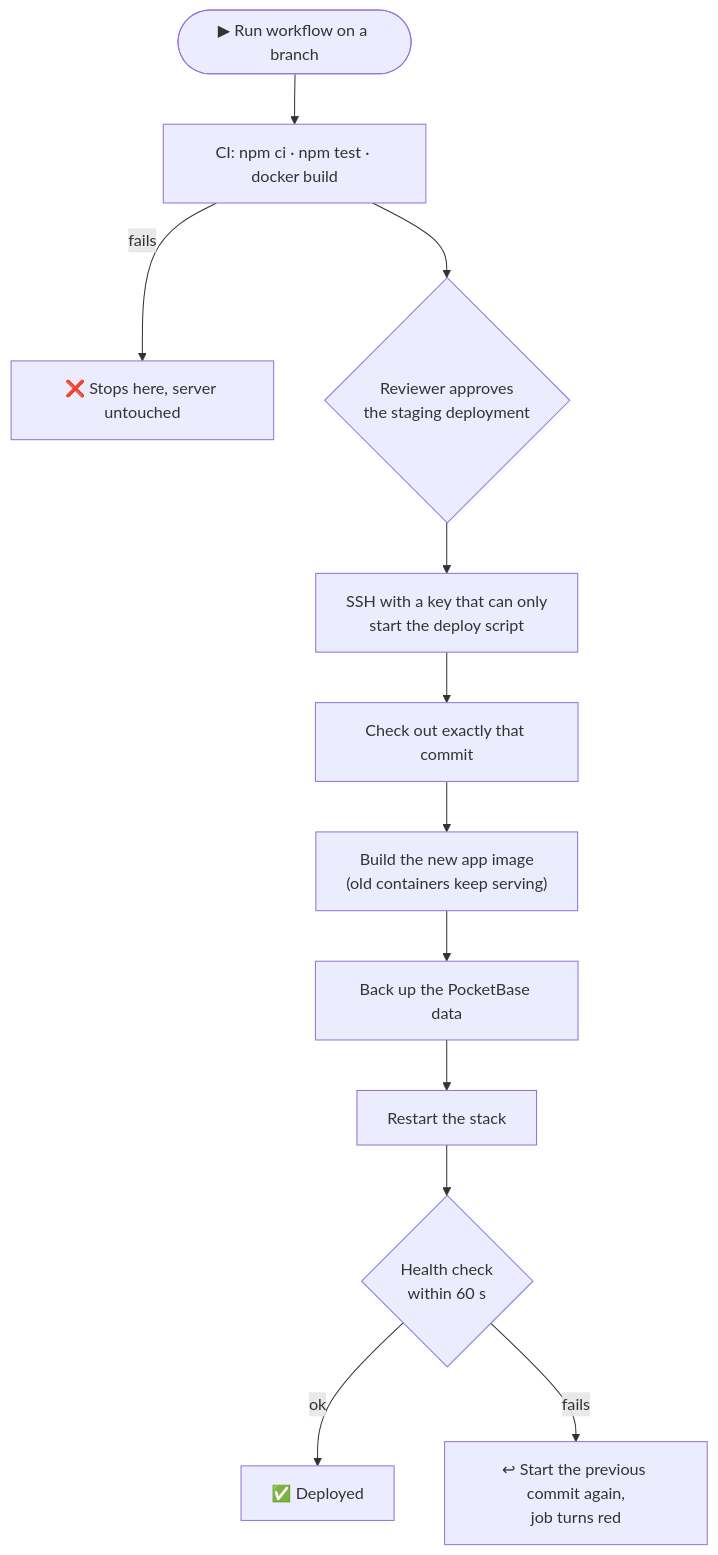
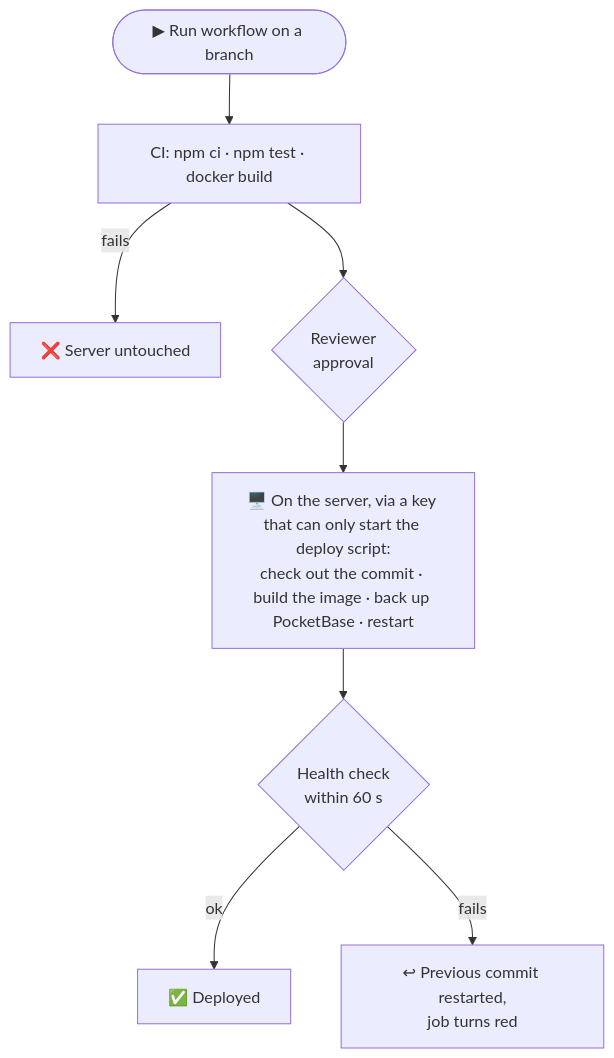
Before and after one commit to MorpheusMXML/hamburn-cozynights: the second of 2 diagrams in docs/develop/deployment.md, drawn with Mermaid. The commit also changed other lines of this file and 4 other files, not shown here.

First line of the commit message:
docs: render Mermaid labels in page context and compact wide diagrams

````diff
--- a/docs/develop/deployment.md
+++ b/docs/develop/deployment.md
@@ -52,14 +52,10 @@
 ```mermaid
 flowchart TD
   run(["▶ Run workflow on a branch"]) --> verify["CI: npm ci · npm test · docker build"]
-  verify -- fails --> stop1["❌ Stops here, server untouched"]
-  verify --> approve{"Reviewer approves<br/>the staging deployment"}
-  approve --> ssh["SSH with a key that can only<br/>start the deploy script"]
-  ssh --> checkout["Check out exactly that commit"]
-  checkout --> build["Build the new app image<br/>(old containers keep serving)"]
-  build --> backup["Back up the PocketBase data"]
-  backup --> up["Restart the stack"]
-  up --> health{"Health check<br/>within 60 s"}
+  verify -- fails --> stop1["❌ Server untouched"]
+  verify --> approve{"Reviewer<br/>approval"}
+  approve --> server["🖥️ On the server, via a key that can only start the deploy script:<br/>check out the commit · build the image · back up PocketBase · restart"]
+  server --> health{"Health check<br/>within 60 s"}
   health -- ok --> done["✅ Deployed"]
-  health -- fails --> rollback["↩ Start the previous commit again,<br/>job turns red"]
+  health -- fails --> rollback["↩ Previous commit restarted,<br/>job turns red"]
 ```
````
